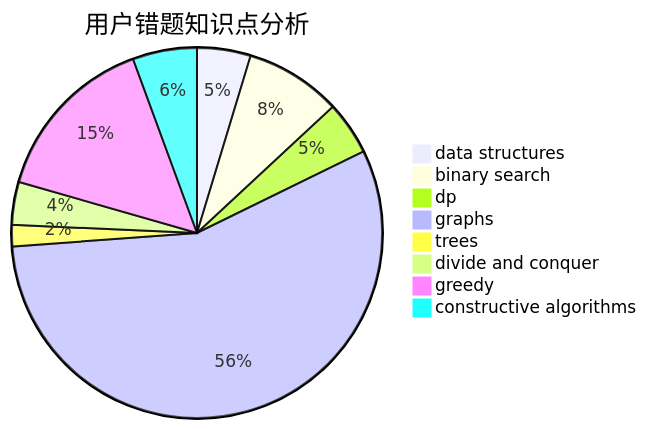
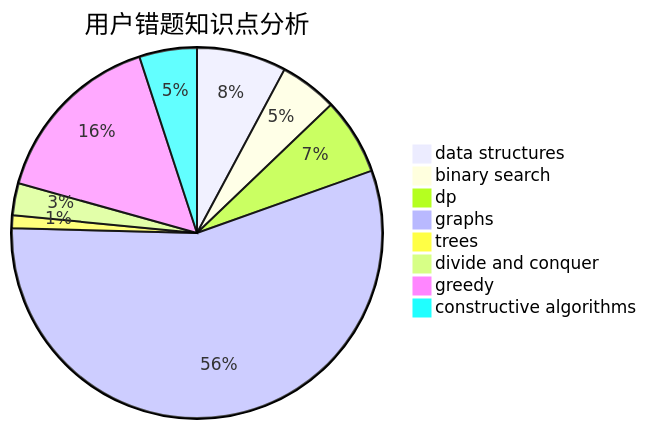
The third of 3 diagrams in docs/user/u1877.md (sherpahu/cfrs.github.io), drawn with Mermaid before and after one commit. The commit also changed other lines of this file and 2770 other files, not shown here.

````diff
--- a/docs/user/u1877.md
+++ b/docs/user/u1877.md
@@ -36,11 +36,11 @@
 ```mermaid
 pie title 用户错题知识点分析
-    "data structures" :  5
+    "data structures" :  14
     "binary search" :  9
-    "dp" :  5
-    "graphs" :  60
+    "dp" :  12
+    "graphs" :  100
     "trees" :  2
-    "divide and conquer" :  4
-    "greedy" :  16
-    "constructive algorithms" :  6
+    "divide and conquer" :  5
+    "greedy" :  28
+    "constructive algorithms" :  9
 ```
````
